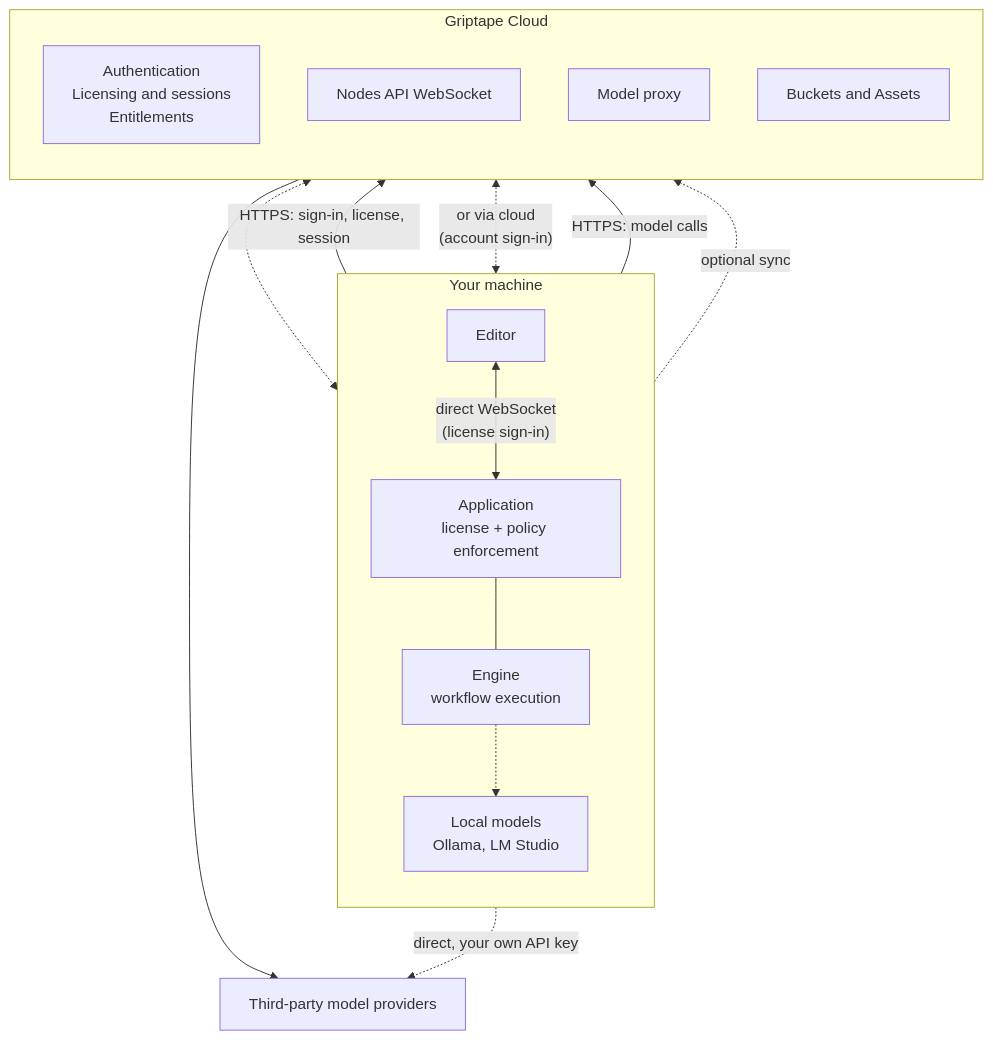
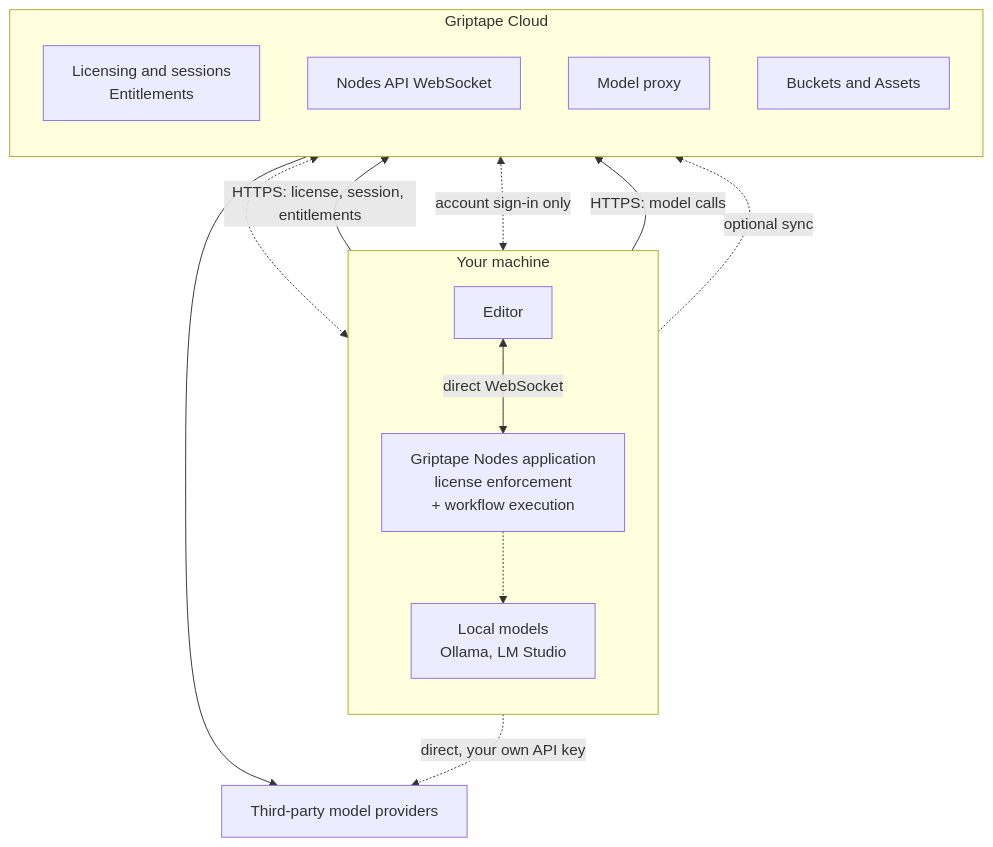
The first of 2 diagrams in docs/architecture.md (griptape-ai/griptape-nodes-engine), drawn with Mermaid before and after one commit. The commit also changed other lines of this file, not shown here.

First line of the commit message:
docs: frame architecture page around license auth

````diff
--- a/docs/architecture.md
+++ b/docs/architecture.md
@@ -64,31 +68,29 @@
 ```mermaid
 flowchart TB
     subgraph machine["Your machine"]
         direction TB
         editor["Editor"]
-        app["Application<br/>license + policy enforcement"]
-        engine["Engine<br/>workflow execution"]
+        app["Griptape Nodes application<br/>license enforcement<br/>+ workflow execution"]
         local["Local models<br/>Ollama, LM Studio"]
-        editor <-->|"direct WebSocket<br/>(license sign-in)"| app
-        app --- engine
-        engine -.-> local
+        editor <-->|"direct WebSocket"| app
+        app -.-> local
     end
 
     subgraph cloud["Griptape Cloud"]
         direction TB
-        control["Authentication<br/>Licensing and sessions<br/>Entitlements"]
+        control["Licensing and sessions<br/>Entitlements"]
         wsapi["Nodes API WebSocket"]
         modelproxy["Model proxy"]
         buckets["Buckets and Assets"]
     end
 
     providers["Third-party model providers"]
 
-    app -->|"HTTPS: sign-in, license, session"| control
-    editor <-.->|"or via cloud<br/>(account sign-in)"| wsapi
+    app -->|"HTTPS: license, session, entitlements"| control
+    editor <-.->|"account sign-in only"| wsapi
     wsapi <-.-> app
-    engine -->|"HTTPS: model calls"| modelproxy
-    engine -.->|"optional sync"| buckets
+    app -->|"HTTPS: model calls"| modelproxy
+    app -.->|"optional sync"| buckets
     modelproxy --> providers
-    engine -.->|"direct, your own API key"| providers
+    app -.->|"direct, your own API key"| providers
 ```
````
